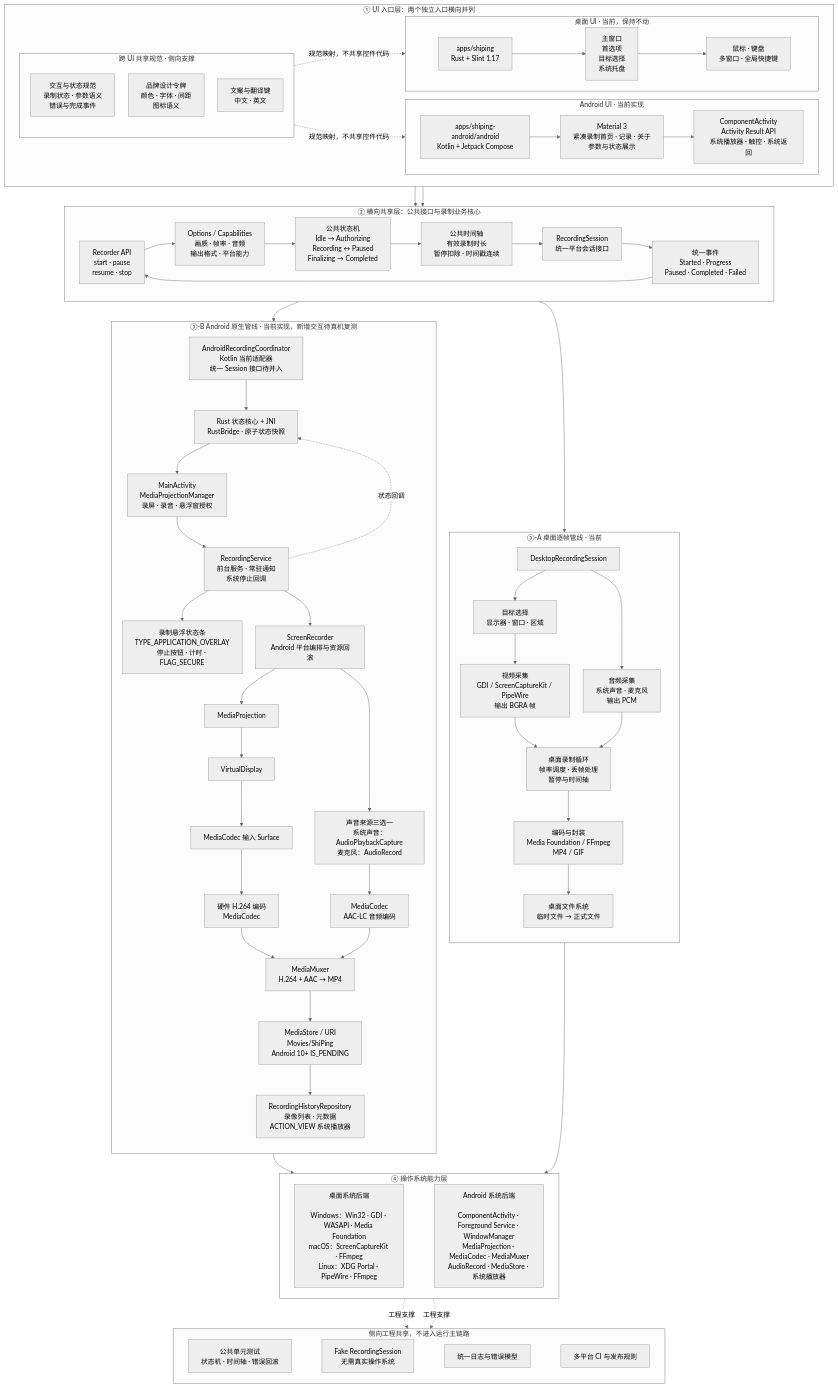
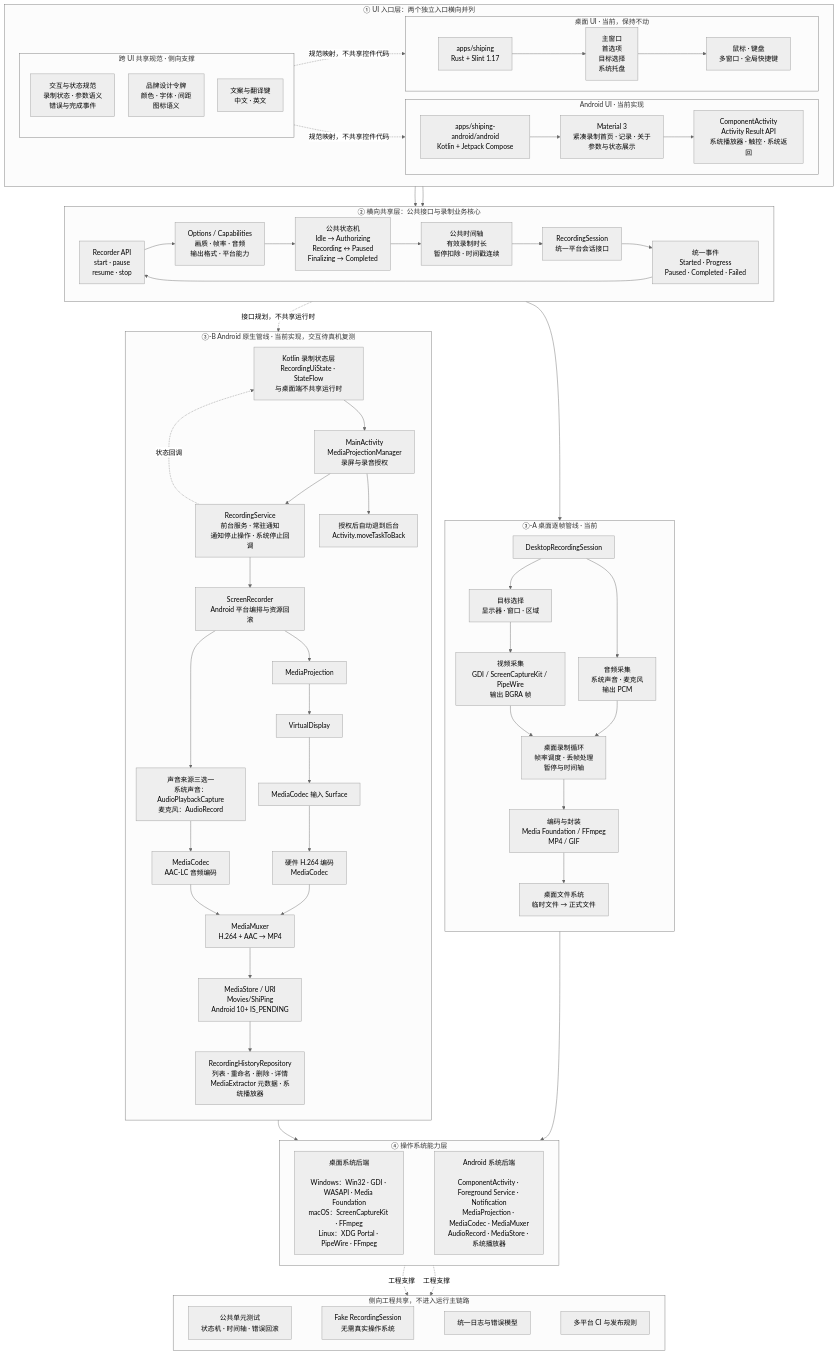
The diagram in docs/architecture/shiping-target-architecture.mmd (dripai/shitu), drawn with Mermaid before and after one commit. The commit also changed 21 other files, not shown here.

Commit message:
feat(android): migrate ShiPing to pure Kotlin

```diff
--- a/docs/architecture/shiping-target-architecture.mmd
+++ b/docs/architecture/shiping-target-architecture.mmd
@@ -1,140 +1,139 @@
 ---
 config:
   theme: neutral
   themeVariables:
     fontFamily: "Microsoft YaHei, Segoe UI, Arial, sans-serif"
   flowchart:
     curve: basis
     htmlLabels: true
     nodeSpacing: 32
     rankSpacing: 48
 ---
 flowchart TB
     subgraph UI_ROW["① UI 入口层：两个独立入口横向并列"]
         direction LR
 
         subgraph DESKTOP_UI["桌面 UI · 当前，保持不动"]
             DUI["apps/shiping<br/>Rust + Slint 1.17"]
             DPAGES["主窗口<br/>首选项<br/>目标选择<br/>系统托盘"]
             DUX["鼠标 · 键盘<br/>多窗口 · 全局快捷键"]
             DUI --> DPAGES --> DUX
         end
 
         subgraph MOBILE_UI["Android UI · 当前实现"]
             AUI["apps/shiping-android/android<br/>Kotlin + Jetpack Compose"]
             APAGES["Material 3<br/>紧凑录制首页 · 记录 · 关于<br/>参数与状态展示"]
             AUX["ComponentActivity<br/>Activity Result API<br/>系统播放器 · 触控 · 系统返回"]
             AUI --> APAGES --> AUX
         end
 
         subgraph UI_SHARED["跨 UI 共享规范 · 侧向支撑"]
             COMPONENTS["交互与状态规范<br/>录制状态 · 参数语义<br/>错误与完成事件"]
             THEME["品牌设计令牌<br/>颜色 · 字体 · 间距<br/>图标语义"]
             I18N["文案与翻译键<br/>中文 · 英文"]
         end
     end
 
     UI_SHARED -.规范映射，不共享控件代码.-> DESKTOP_UI
     UI_SHARED -.规范映射，不共享控件代码.-> MOBILE_UI
 
     subgraph SHARED_CORE["② 横向共享层：公共接口与录制业务核心"]
         direction LR
 
         API["Recorder API<br/>start · pause<br/>resume · stop"]
         MODEL["Options / Capabilities<br/>画质 · 帧率 · 音频<br/>输出格式 · 平台能力"]
         STATE["公共状态机<br/>Idle → Authorizing<br/>Recording ↔ Paused<br/>Finalizing → Completed"]
         TIMELINE["公共时间轴<br/>有效录制时长<br/>暂停扣除 · 时间戳连续"]
         SESSION["RecordingSession<br/>统一平台会话接口"]
         EVENTS["统一事件<br/>Started · Progress<br/>Paused · Completed · Failed"]
 
         API --> MODEL
         MODEL --> STATE
         STATE --> TIMELINE
         TIMELINE --> SESSION
         SESSION --> EVENTS
         EVENTS --> API
     end
 
     DUX --> API
     AUX --> API
 
     subgraph DESKTOP_LANE["③-A 桌面逐帧管线 · 当前"]
         direction TB
 
         DSESSION["DesktopRecordingSession"]
         TARGET["目标选择<br/>显示器 · 窗口 · 区域"]
         CAPTURE["视频采集<br/>GDI / ScreenCaptureKit / PipeWire<br/>输出 BGRA 帧"]
         DAUDIO["音频采集<br/>系统声音 · 麦克风<br/>输出 PCM"]
         LOOP["桌面录制循环<br/>帧率调度 · 丢帧处理<br/>暂停与时间轴"]
         WRITER["编码与封装<br/>Media Foundation / FFmpeg<br/>MP4 / GIF"]
         DOUTPUT["桌面文件系统<br/>临时文件 → 正式文件"]
 
         DSESSION --> TARGET
         TARGET --> CAPTURE
         DSESSION --> DAUDIO
         CAPTURE --> LOOP
         DAUDIO --> LOOP
         LOOP --> WRITER
         WRITER --> DOUTPUT
     end
 
-    subgraph ANDROID_LANE["③-B Android 原生管线 · 当前实现，新增交互待真机复测"]
+    subgraph ANDROID_LANE["③-B Android 原生管线 · 当前实现，交互待真机复测"]
         direction TB
 
-        ASESSION["AndroidRecordingCoordinator<br/>Kotlin 当前适配器<br/>统一 Session 接口待并入"]
-        BRIDGE["Rust 状态核心 + JNI<br/>RustBridge · 原子状态快照"]
-        PERMISSION["MainActivity<br/>MediaProjectionManager<br/>录屏 · 录音 · 悬浮窗授权"]
-        SERVICE["RecordingService<br/>前台服务 · 常驻通知<br/>系统停止回调"]
-        OVERLAY["录制悬浮状态条<br/>TYPE_APPLICATION_OVERLAY<br/>停止按钮 · 计时 · FLAG_SECURE"]
+        ASESSION["Kotlin 录制状态层<br/>RecordingUiState · StateFlow<br/>与桌面端不共享运行时"]
+        PERMISSION["MainActivity<br/>MediaProjectionManager<br/>录屏与录音授权"]
+        BACKGROUND["授权后自动退到后台<br/>Activity.moveTaskToBack"]
+        SERVICE["RecordingService<br/>前台服务 · 常驻通知<br/>通知停止操作 · 系统停止回调"]
         RECORDER["ScreenRecorder<br/>Android 平台编排与资源回滚"]
         PROJECTION["MediaProjection"]
         DISPLAY["VirtualDisplay"]
         SURFACE["MediaCodec 输入 Surface"]
         VCODEC["硬件 H.264 编码<br/>MediaCodec"]
         AAUDIO["声音来源三选一<br/>系统声音：AudioPlaybackCapture<br/>麦克风：AudioRecord"]
         ACODEC["MediaCodec<br/>AAC-LC 音频编码"]
         MUXER["MediaMuxer<br/>H.264 + AAC → MP4"]
         AOUTPUT["MediaStore / URI<br/>Movies/ShiPing<br/>Android 10+ IS_PENDING"]
-        HISTORY["RecordingHistoryRepository<br/>录像列表 · 元数据<br/>ACTION_VIEW 系统播放器"]
+        HISTORY["RecordingHistoryRepository<br/>列表 · 重命名 · 删除 · 详情<br/>MediaExtractor 元数据 · 系统播放器"]
 
-        ASESSION --> BRIDGE
-        BRIDGE --> PERMISSION
+        ASESSION --> PERMISSION
         PERMISSION --> SERVICE
-        SERVICE --> OVERLAY
+        PERMISSION --> BACKGROUND
         SERVICE --> RECORDER
         RECORDER --> PROJECTION
         PROJECTION --> DISPLAY
         DISPLAY --> SURFACE
         SURFACE --> VCODEC
         RECORDER --> AAUDIO
         AAUDIO --> ACODEC
         VCODEC --> MUXER
         ACODEC --> MUXER
         MUXER --> AOUTPUT
         AOUTPUT --> HISTORY
-        SERVICE -.状态回调.-> BRIDGE
+        SERVICE -.状态回调.-> ASESSION
     end
 
-    SESSION --> DSESSION & ASESSION
+    SESSION --> DSESSION
+    SESSION -.接口规划，不共享运行时.-> ASESSION
 
     subgraph OS_ROW["④ 操作系统能力层"]
         direction LR
 
         DESKTOP_OS["桌面系统后端<br/><br/>Windows：Win32 · GDI · WASAPI · Media Foundation<br/>macOS：ScreenCaptureKit · FFmpeg<br/>Linux：XDG Portal · PipeWire · FFmpeg"]
-        ANDROID_OS["Android 系统后端<br/><br/>ComponentActivity · Foreground Service · WindowManager<br/>MediaProjection · MediaCodec · MediaMuxer<br/>AudioRecord · MediaStore · 系统播放器"]
+        ANDROID_OS["Android 系统后端<br/><br/>ComponentActivity · Foreground Service · Notification<br/>MediaProjection · MediaCodec · MediaMuxer<br/>AudioRecord · MediaStore · 系统播放器"]
         DESKTOP_OS ~~~ ANDROID_OS
     end
 
     DOUTPUT --> DESKTOP_OS
     AOUTPUT --> ANDROID_OS
     subgraph ENGINEERING_SHARED["侧向工程共享，不进入运行主链路"]
         direction LR
         TESTS["公共单元测试<br/>状态机 · 时间轴 · 错误回滚"]
         FAKE["Fake RecordingSession<br/>无需真实操作系统"]
         LOGGING["统一日志与错误模型"]
         CI["多平台 CI 与发布规则"]
         TESTS ~~~ FAKE ~~~ LOGGING ~~~ CI
     end
 
     DESKTOP_OS -.工程支撑.-> ENGINEERING_SHARED
     ANDROID_OS -.工程支撑.-> ENGINEERING_SHARED
```
